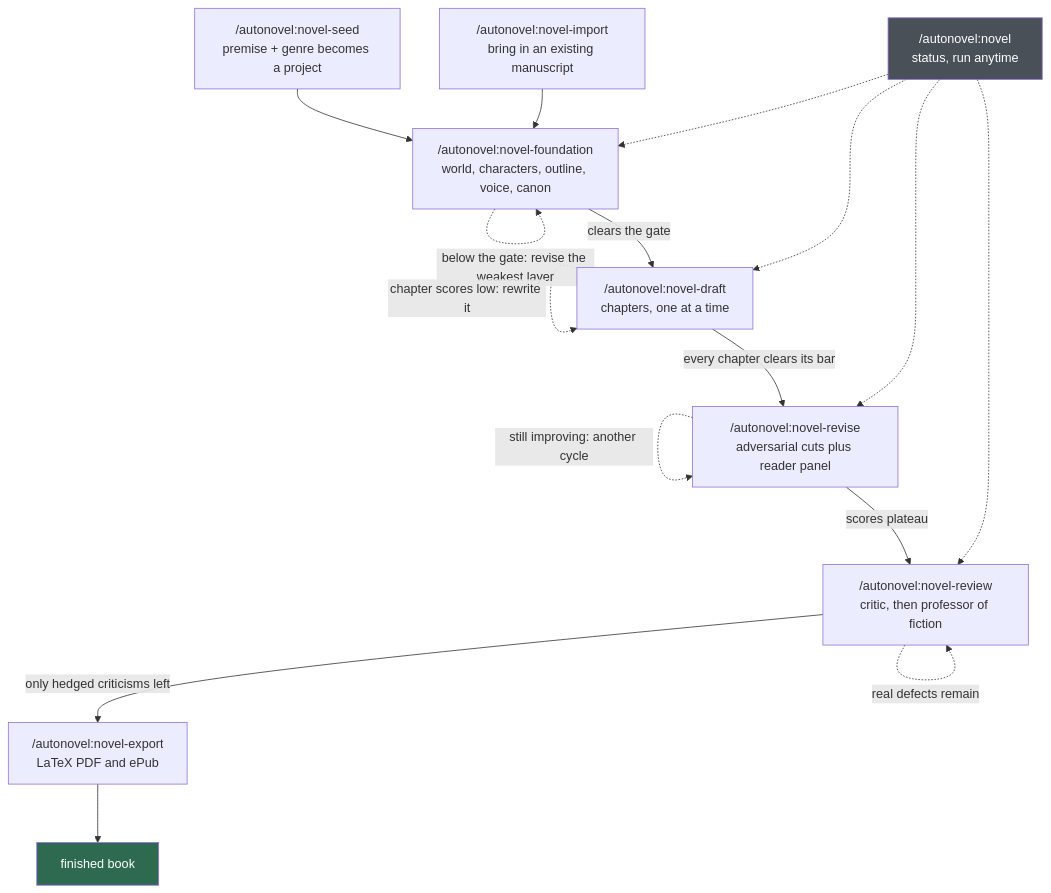
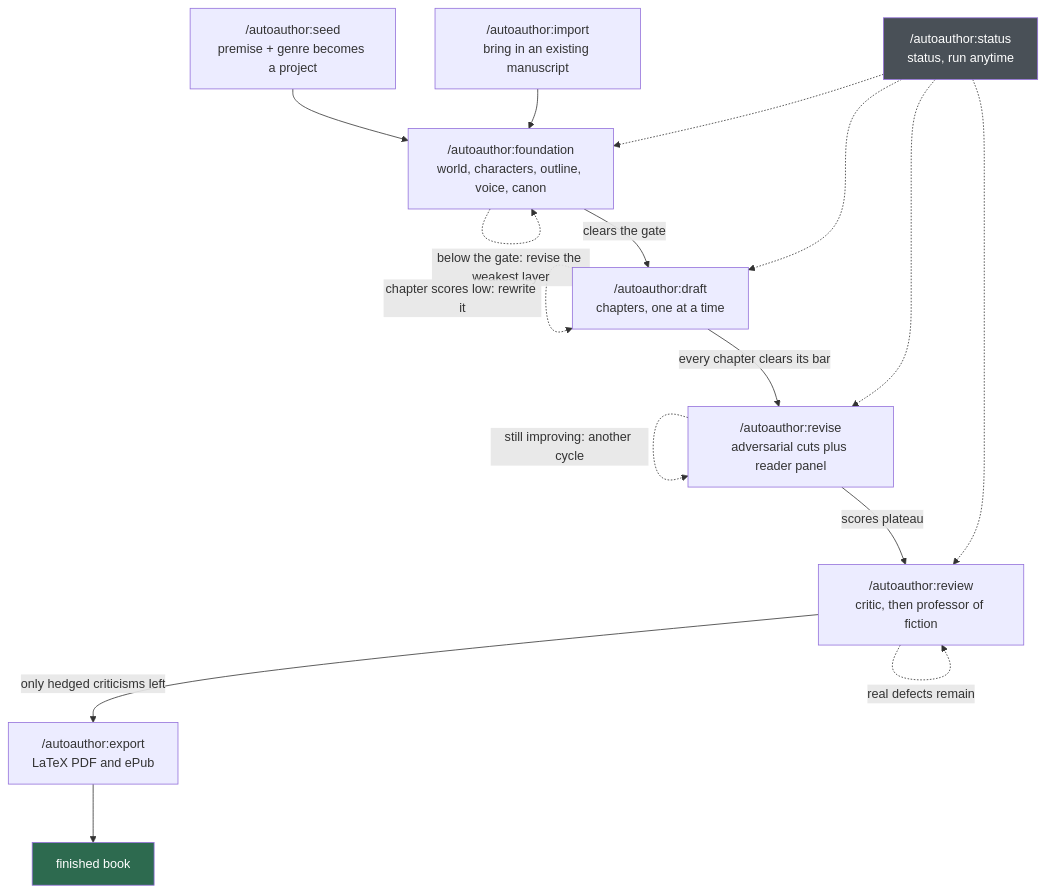
The diagram in README.md (abnormalend/autoauthor), drawn with Mermaid before and after one commit. The commit also changed other lines of this file and 96 other files, not shown here.

````diff
--- a/README.md
+++ b/README.md
@@ -90,35 +90,35 @@
 ```mermaid
 flowchart TD
-    A["/autonovel:novel-seed<br/>premise + genre becomes a project"]
-    I["/autonovel:novel-import<br/>bring in an existing manuscript"]
+    A["/autoauthor:seed<br/>premise + genre becomes a project"]
+    I["/autoauthor:import<br/>bring in an existing manuscript"]
     A --> F
     I --> F
 
-    F["/autonovel:novel-foundation<br/>world, characters, outline, voice, canon"]
+    F["/autoauthor:foundation<br/>world, characters, outline, voice, canon"]
     F -->|"clears the gate"| D
     F -.->|"below the gate: revise the weakest layer"| F
 
-    D["/autonovel:novel-draft<br/>chapters, one at a time"]
+    D["/autoauthor:draft<br/>chapters, one at a time"]
     D -->|"every chapter clears its bar"| R
     D -.->|"chapter scores low: rewrite it"| D
 
-    R["/autonovel:novel-revise<br/>adversarial cuts plus reader panel"]
+    R["/autoauthor:revise<br/>adversarial cuts plus reader panel"]
     R -->|"scores plateau"| V
     R -.->|"still improving: another cycle"| R
 
-    V["/autonovel:novel-review<br/>critic, then professor of fiction"]
+    V["/autoauthor:review<br/>critic, then professor of fiction"]
     V -->|"only hedged criticisms left"| X
     V -.->|"real defects remain"| V
 
-    X["/autonovel:novel-export<br/>LaTeX PDF and ePub"]
+    X["/autoauthor:export<br/>LaTeX PDF and ePub"]
     X --> Z["finished book"]
 
-    S["/autonovel:novel<br/>status, run anytime"]
+    S["/autoauthor:status<br/>status, run anytime"]
     S -.-> F
     S -.-> D
     S -.-> R
     S -.-> V
 
     style Z fill:#2d6a4f,color:#ffffff
     style S fill:#495057,color:#ffffff
 ```
````
